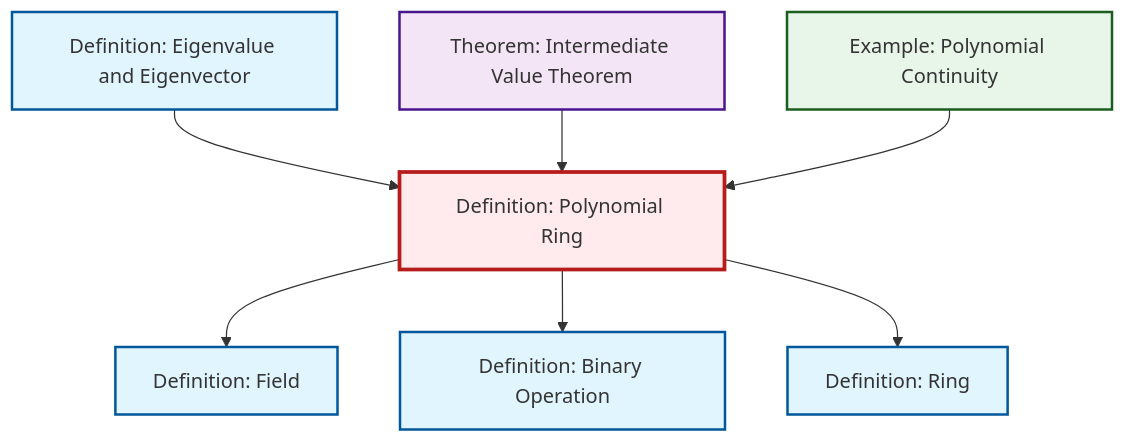
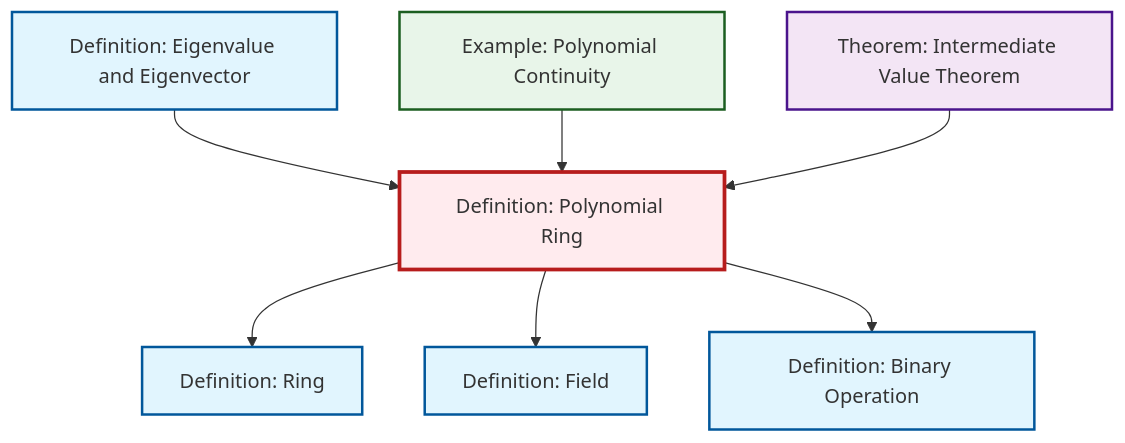
One commit to RK0429/ModernMath changed the diagram in content/ja/algebra/def-polynomial-ring.qmd. Above: the diagram before and after it, drawn with Mermaid. The commit also changed other lines of this file and 554 other files, not shown here.

````diff
--- a/content/ja/algebra/def-polynomial-ring.qmd
+++ b/content/ja/algebra/def-polynomial-ring.qmd
@@ -94,29 +94,29 @@
 ```{mermaid}
 %%| fig-cap: "Local dependency graph"
 graph TD
     classDef definition fill:#e1f5fe,stroke:#01579b,stroke-width:2px
     classDef theorem fill:#f3e5f5,stroke:#4a148c,stroke-width:2px
     classDef axiom fill:#fff3e0,stroke:#e65100,stroke-width:2px
     classDef example fill:#e8f5e9,stroke:#1b5e20,stroke-width:2px
     classDef current fill:#ffebee,stroke:#b71c1c,stroke-width:3px
     def-field["Definition: Field"]:::definition
+    def-ring["Definition: Ring"]:::definition
+    def-polynomial-ring["Definition: Polynomial Ring"]:::definition
+    thm-intermediate-value["Theorem: Intermediate Value Theorem"]:::theorem
+    def-binary-operation["Definition: Binary Operation"]:::definition
     ex-polynomial-continuity["Example: Polynomial Continuity"]:::example
     def-eigenvalue-eigenvector["Definition: Eigenvalue and Eigenvector"]:::definition
-    def-binary-operation["Definition: Binary Operation"]:::definition
-    def-ring["Definition: Ring"]:::definition
-    thm-intermediate-value["Theorem: Intermediate Value Theorem"]:::theorem
-    def-polynomial-ring["Definition: Polynomial Ring"]:::definition
     def-eigenvalue-eigenvector --> def-polynomial-ring
-    thm-intermediate-value --> def-polynomial-ring
+    ex-polynomial-continuity --> def-polynomial-ring
+    def-polynomial-ring --> def-ring
     def-polynomial-ring --> def-field
     def-polynomial-ring --> def-binary-operation
-    def-polynomial-ring --> def-ring
-    ex-polynomial-continuity --> def-polynomial-ring
+    thm-intermediate-value --> def-polynomial-ring
     class def-polynomial-ring current
     click def-field "def-field.html" "Definition: Fieldへ"
+    click def-ring "def-ring.html" "Definition: Ringへ"
+    click thm-intermediate-value "thm-intermediate-value.html" "Theorem: Intermediate Value Theoremへ"
+    click def-binary-operation "def-binary-operation.html" "Definition: Binary Operationへ"
     click ex-polynomial-continuity "ex-polynomial-continuity.html" "Example: Polynomial Continuityへ"
     click def-eigenvalue-eigenvector "def-eigenvalue-eigenvector.html" "Definition: Eigenvalue and Eigenvectorへ"
-    click def-binary-operation "def-binary-operation.html" "Definition: Binary Operationへ"
-    click def-ring "def-ring.html" "Definition: Ringへ"
-    click thm-intermediate-value "thm-intermediate-value.html" "Theorem: Intermediate Value Theoremへ"
 ```
````
